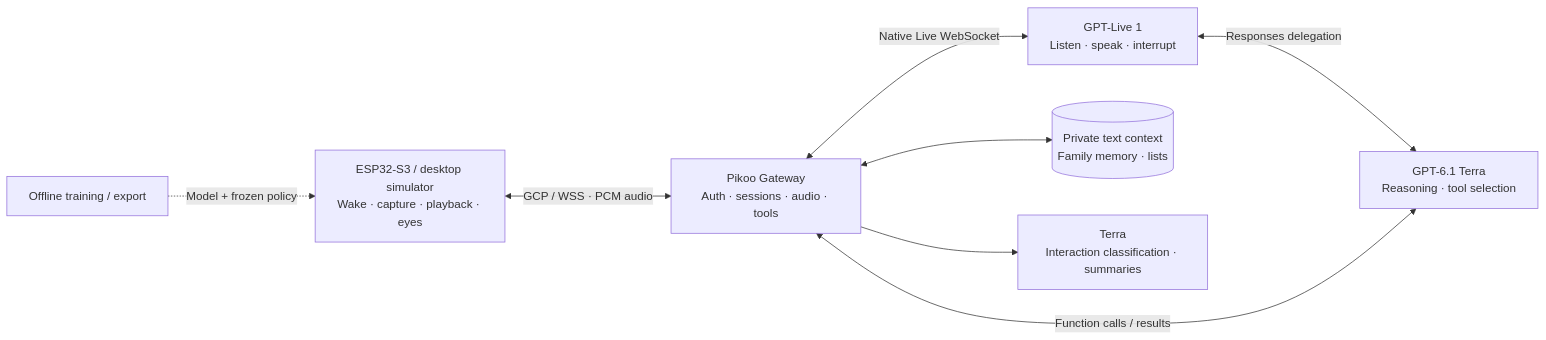
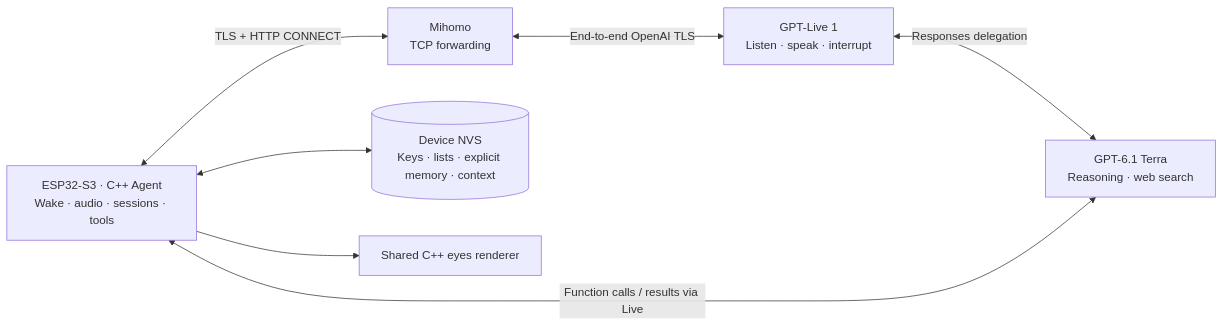
Before and after one commit to skiyo/pikoo: the diagram in README.md, drawn with Mermaid. The commit also changed other lines of this file and 38 other files, not shown here.

First line of the commit message:
Prepare Pikoo 2.0.0 ESP-local Agent and verified firmware

````diff
--- a/README.md
+++ b/README.md
@@ -41,10 +43,9 @@
 ```mermaid
 flowchart LR
-    Device["ESP32-S3 / desktop simulator<br/>Wake · capture · playback · eyes"] <-->|"GCP / WSS · PCM audio"| Gateway["Pikoo Gateway<br/>Auth · sessions · audio · tools"]
-    Gateway <-->|"Native Live WebSocket"| Live["GPT-Live 1<br/>Listen · speak · interrupt"]
-    Live <-->|"Responses delegation"| Terra["GPT-6.1 Terra<br/>Reasoning · tool selection"]
-    Terra <-->|"Function calls / results"| Gateway
-    Gateway <--> Store[("Private text context<br/>Family memory · lists")]
-    Gateway --> Background["Terra<br/>Interaction classification · summaries"]
-    Training["Offline training / export"] -.->|"Model + frozen policy"| Device
+    Device["ESP32-S3 · C++ Agent<br/>Wake · audio · sessions · tools"] <-->|"TLS + HTTP CONNECT"| Proxy["Mihomo<br/>TCP forwarding"]
+    Proxy <-->|"End-to-end OpenAI TLS"| Live["GPT-Live 1<br/>Listen · speak · interrupt"]
+    Live <-->|"Responses delegation"| Terra["GPT-6.1 Terra<br/>Reasoning · web search"]
+    Terra <-->|"Function calls / results via Live"| Device
+    Device <--> Store[("Device NVS<br/>Keys · lists · explicit memory · context")]
+    Device --> Eyes["Shared C++ eyes renderer"]
 ```
````
